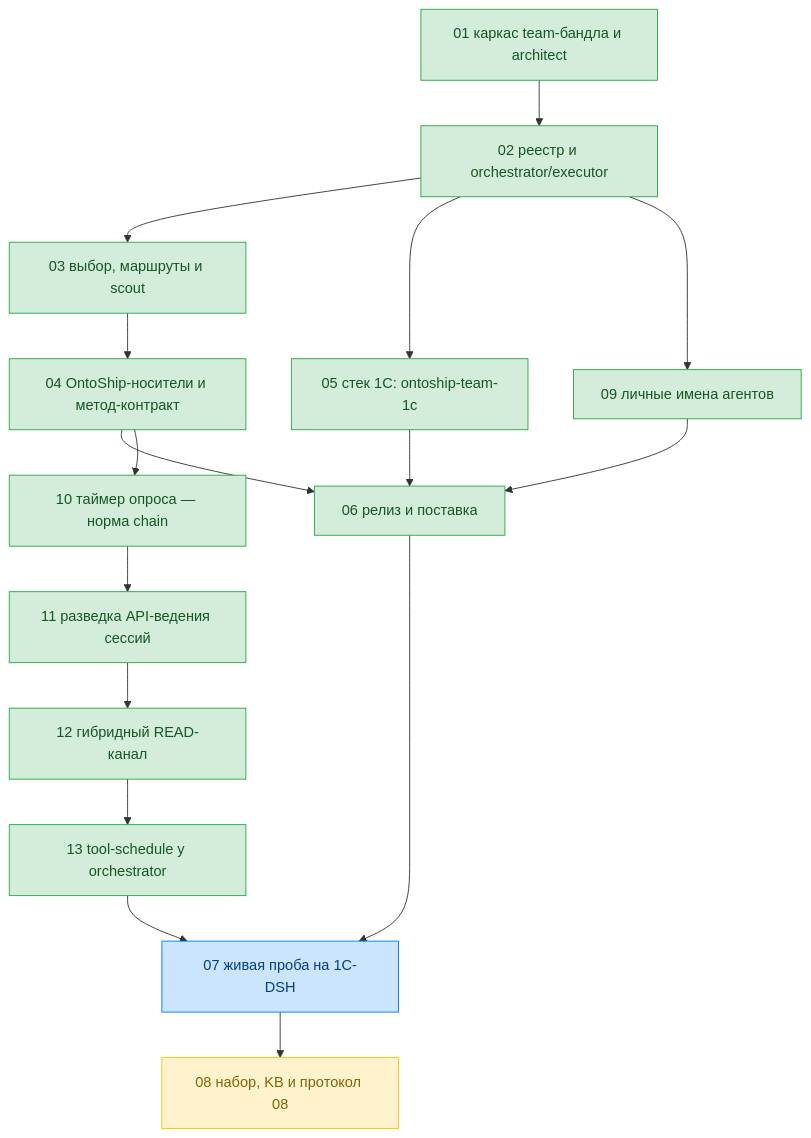
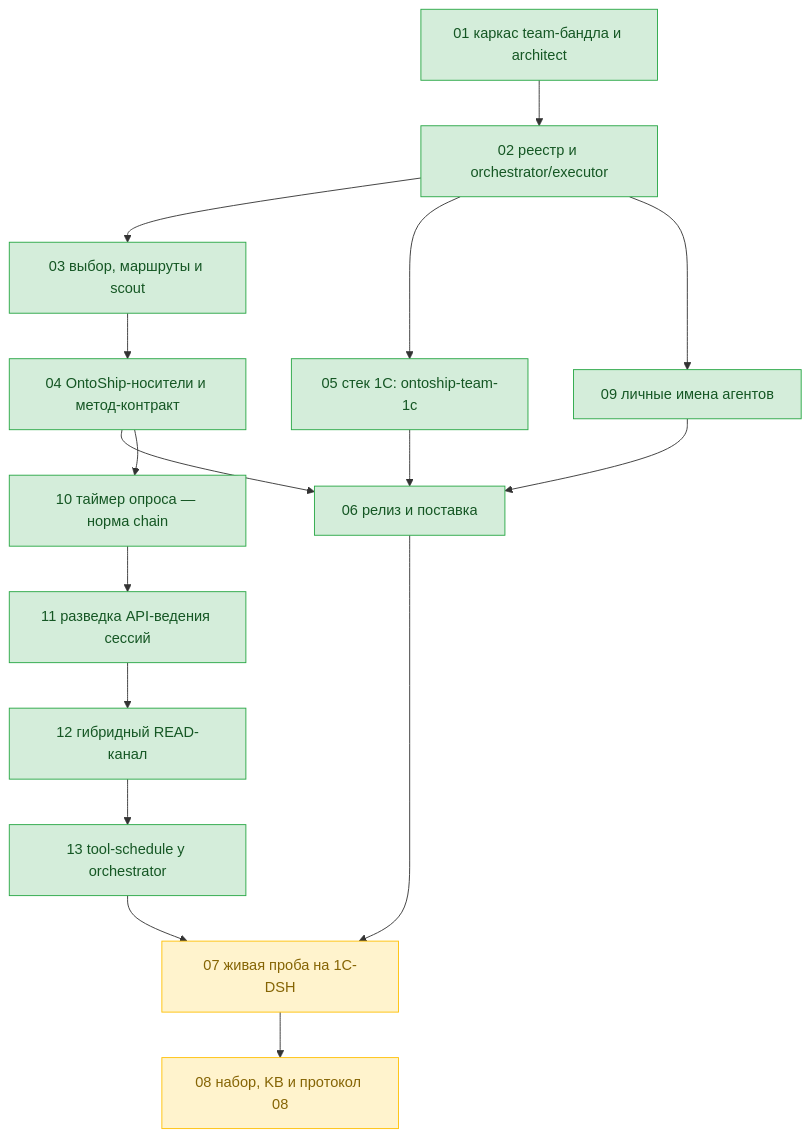
The diagram in tickets/team-profiles/dag.md (ntin60775/ontoship-ntin), drawn with Mermaid before and after one commit. The commit also changed other lines of this file and 2 other files, not shown here.

````diff
--- a/tickets/team-profiles/dag.md
+++ b/tickets/team-profiles/dag.md
@@ -11,41 +11,41 @@
 ```mermaid
 flowchart TD
   T01["01 каркас team-бандла и architect"]
   T02["02 реестр и orchestrator/executor"]
   T03["03 выбор, маршруты и scout"]
   T04["04 OntoShip-носители и метод-контракт"]
   T05["05 стек 1C: ontoship-team-1c"]
   T06["06 релиз и поставка"]
   T07["07 живая проба на 1C-DSH"]
   T08["08 набор, KB и протокол 08"]
   T09["09 личные имена агентов"]
   T10["10 таймер опроса — норма chain"]
   T11["11 разведка API-ведения сессий"]
   T12["12 гибридный READ-канал"]
   T13["13 tool-schedule у orchestrator"]
 
   T01 --> T02
   T02 --> T03
   T02 --> T05
   T02 --> T09
   T03 --> T04
   T04 --> T06
   T04 --> T10
   T05 --> T06
   T09 --> T06
   T06 --> T07
   T10 --> T11
   T11 --> T12
   T12 --> T13
   T13 --> T07
   T07 --> T08
 
   classDef done fill:#d4edda,stroke:#28a745,color:#155724;
   classDef running fill:#cce5ff,stroke:#007bff,color:#004085;
   classDef pending fill:#e2e3e5,stroke:#6c757d,color:#383d41;
   classDef waiting fill:#fff3cd,stroke:#ffc107,color:#856404;
 
   class T01,T02,T03,T04,T05,T06,T09,T10,T11,T12,T13 done;
-  class T07 running;
+  class T07 waiting;
   class T08 waiting;
 ```
````
